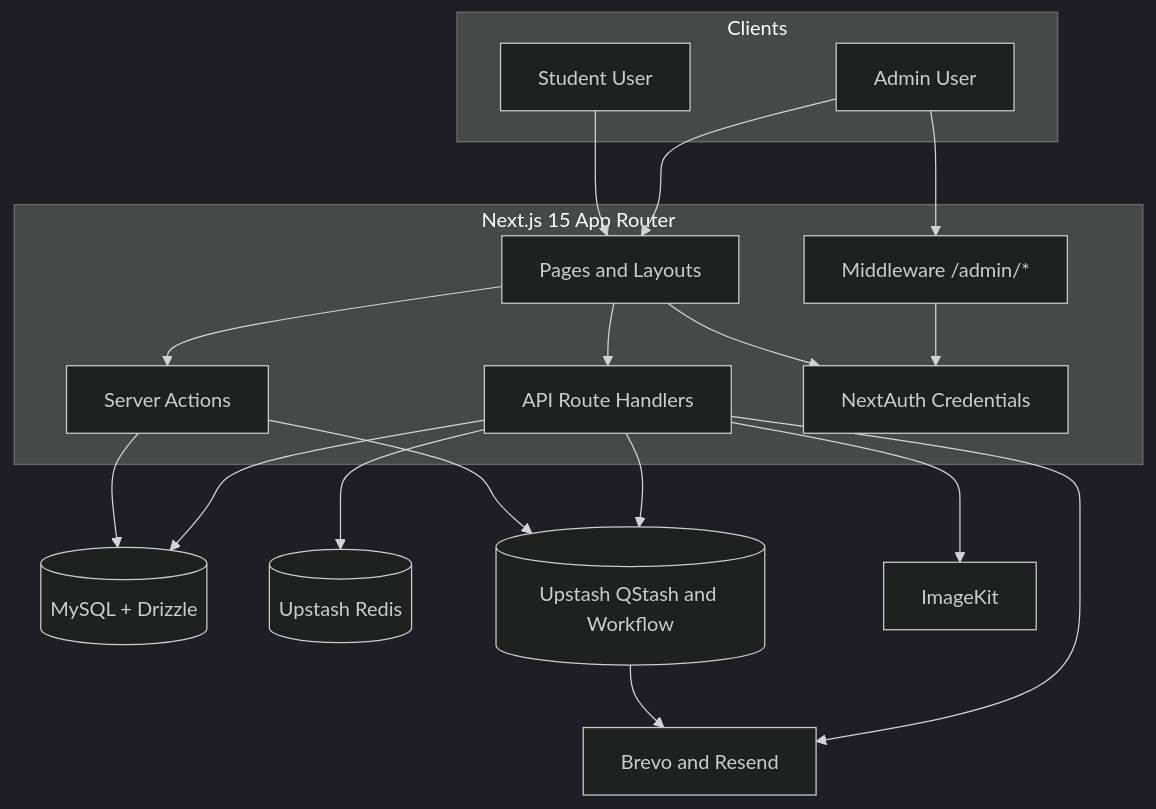
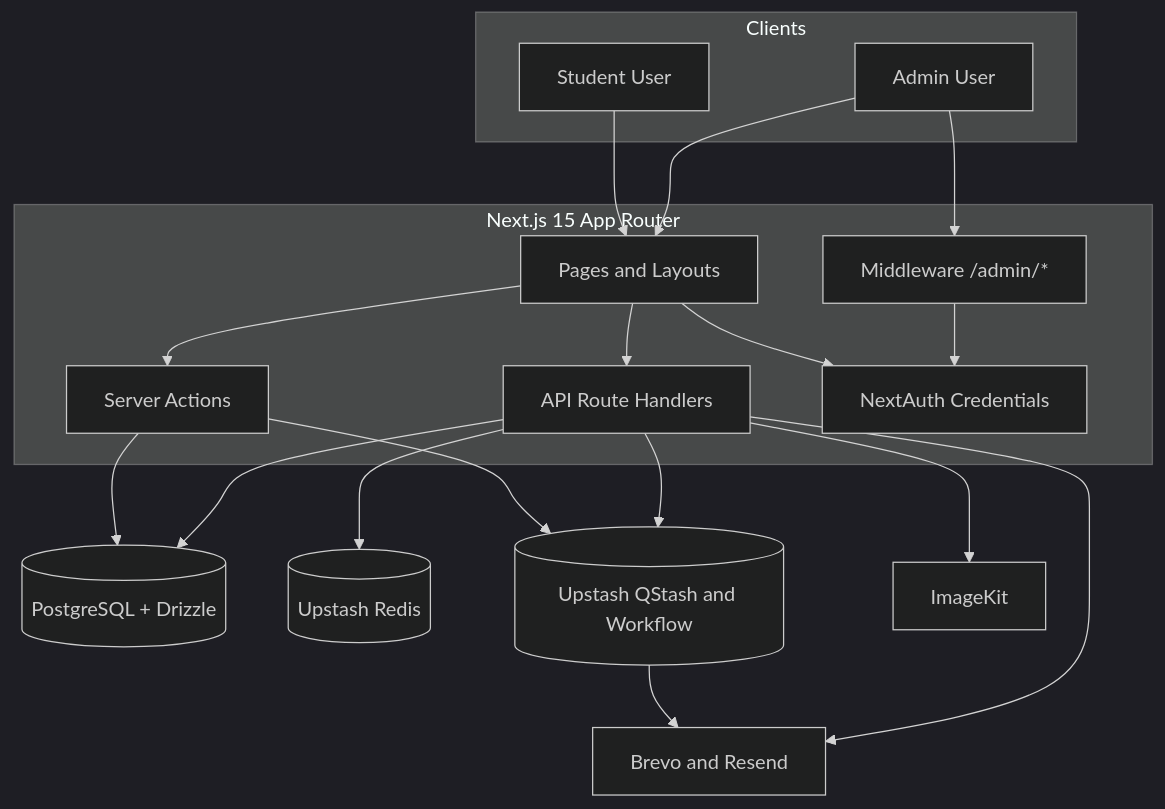
The first of 6 diagrams in README.md (AnouarMohamed/Mundia_library), drawn with Mermaid (dark theme) before and after one commit. The commit also changed other lines of this file and 9 other files, not shown here.

````diff
--- a/README.md
+++ b/README.md
@@ -109,39 +109,39 @@
 ```mermaid
 flowchart TB
   subgraph Clients
     STUDENT[Student User]
     ADMIN[Admin User]
   end
 
   subgraph Web[Next.js 15 App Router]
     UI[Pages and Layouts]
     SA[Server Actions]
     API[API Route Handlers]
     AUTH[NextAuth Credentials]
     MW[Middleware /admin/*]
   end
 
-  DB[(MySQL + Drizzle)]
+  DB[(PostgreSQL + Drizzle)]
   REDIS[(Upstash Redis)]
   QSTASH[(Upstash QStash and Workflow)]
   IMG[ImageKit]
   MAIL[Brevo and Resend]
 
   STUDENT --> UI
   ADMIN --> UI
 
   UI --> AUTH
   UI --> SA
   UI --> API
   ADMIN --> MW
   MW --> AUTH
 
   SA --> DB
   API --> DB
   API --> REDIS
   API --> IMG
   SA --> QSTASH
   API --> QSTASH
   QSTASH --> MAIL
   API --> MAIL
 ```
````
